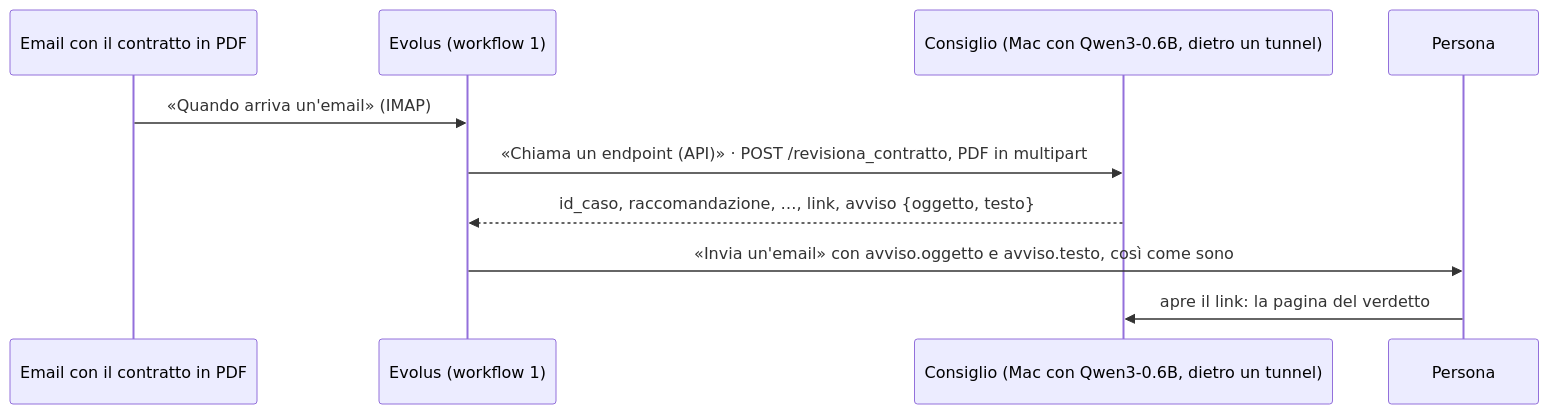
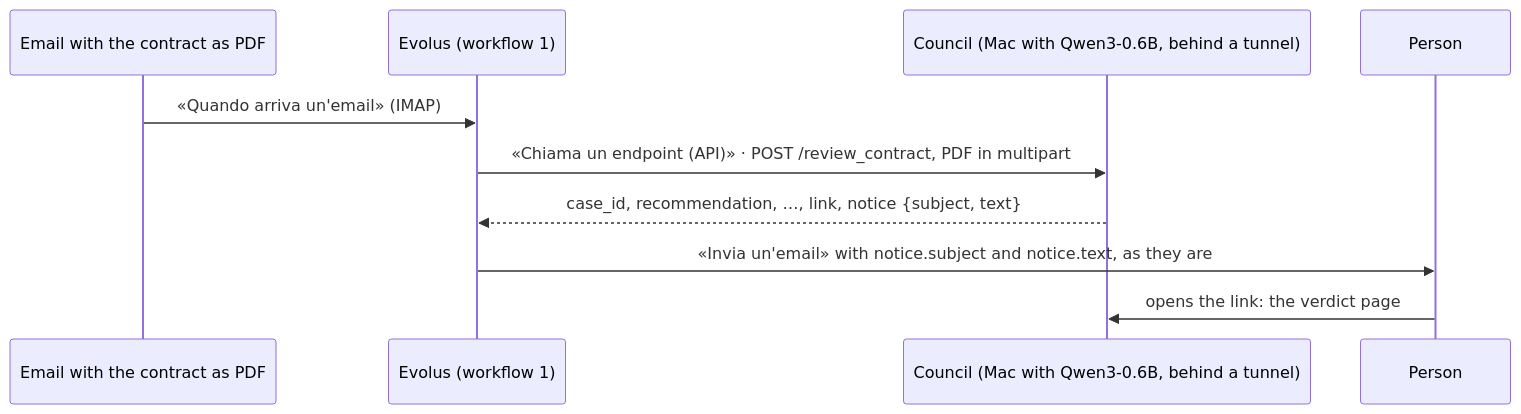
Before and after one commit to AIVolve-Team/the-silent-council: the diagram in council/evolus/README.md, drawn with Mermaid. The commit also changed other lines of this file and 38 other files, not shown here.

````diff
--- a/council/evolus/README.md
+++ b/council/evolus/README.md
@@ -7,12 +7,12 @@
 ```mermaid
 sequenceDiagram
-    participant M as Email con il contratto in PDF
+    participant M as Email with the contract as PDF
     participant E as Evolus (workflow 1)
-    participant C as Consiglio (Mac con Qwen3-0.6B, dietro un tunnel)
-    participant P as Persona
+    participant C as Council (Mac with Qwen3-0.6B, behind a tunnel)
+    participant P as Person
     M->>E: «Quando arriva un'email» (IMAP)
-    E->>C: «Chiama un endpoint (API)» · POST /revisiona_contratto, PDF in multipart
-    C-->>E: id_caso, raccomandazione, …, link, avviso {oggetto, testo}
-    E->>P: «Invia un'email» con avviso.oggetto e avviso.testo, così come sono
-    P->>C: apre il link: la pagina del verdetto
+    E->>C: «Chiama un endpoint (API)» · POST /review_contract, PDF in multipart
+    C-->>E: case_id, recommendation, …, link, notice {subject, text}
+    E->>P: «Invia un'email» with notice.subject and notice.text, as they are
+    P->>C: opens the link: the verdict page
 ```
````
